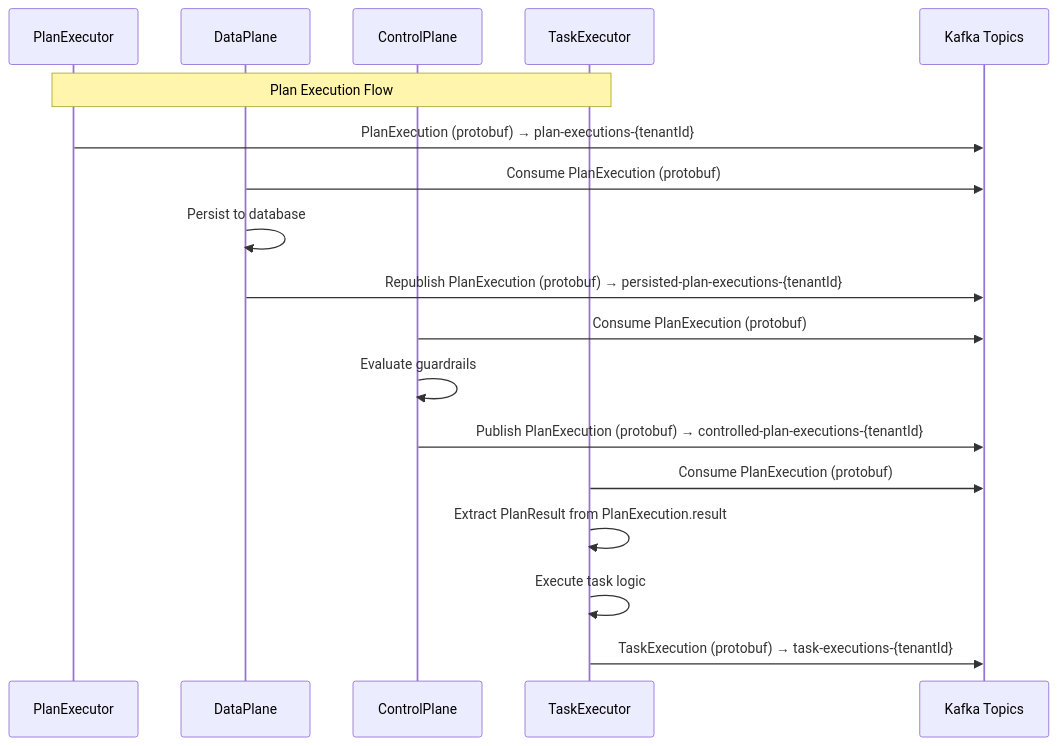
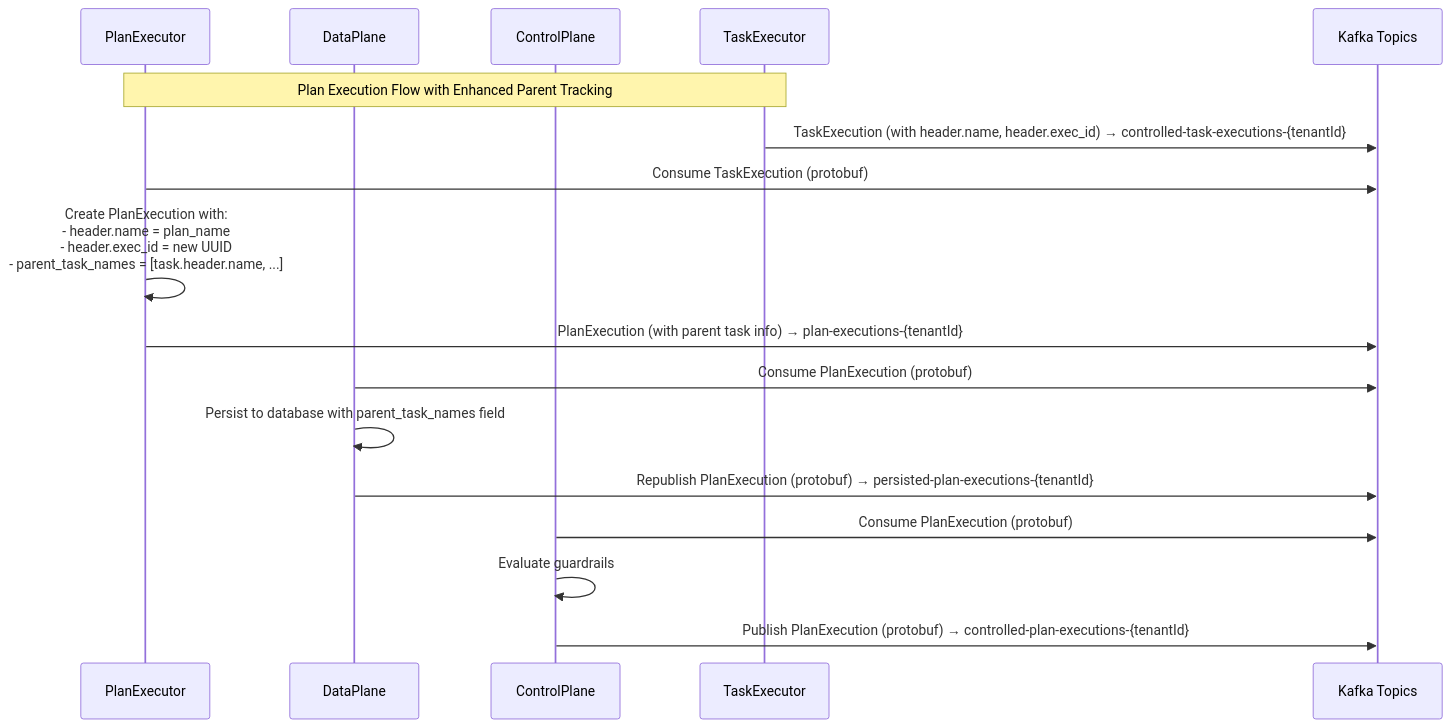
One commit to paul-callahan/scalable-agent-framework changed the third of 3 diagrams in docs/DataFlow.md. Above: the diagram before and after it, drawn with Mermaid. The commit also changed other lines of this file and 23 other files, not shown here.

````diff
--- a/docs/DataFlow.md
+++ b/docs/DataFlow.md
@@ -87,22 +94,21 @@
 ```mermaid
 sequenceDiagram
     participant PE as PlanExecutor
     participant DP as DataPlane
     participant CP as ControlPlane
     participant TE as TaskExecutor
     participant K as Kafka Topics
 
-    Note over PE,TE: Plan Execution Flow
+    Note over PE,TE: Plan Execution Flow with Enhanced Parent Tracking
 
-    PE->>K: PlanExecution (protobuf) → plan-executions-{tenantId}
+    TE->>K: TaskExecution (with header.name, header.exec_id) → controlled-task-executions-{tenantId}
+    PE->>K: Consume TaskExecution (protobuf)
+    PE->>PE: Create PlanExecution with:<br/>- header.name = plan_name<br/>- header.exec_id = new UUID<br/>- parent_task_names = [task.header.name, ...]
+    PE->>K: PlanExecution (with parent task info) → plan-executions-{tenantId}
     DP->>K: Consume PlanExecution (protobuf)
-    DP->>DP: Persist to database
+    DP->>DP: Persist to database with parent_task_names field
     DP->>K: Republish PlanExecution (protobuf) → persisted-plan-executions-{tenantId}
     CP->>K: Consume PlanExecution (protobuf)
     CP->>CP: Evaluate guardrails
     CP->>K: Publish PlanExecution (protobuf) → controlled-plan-executions-{tenantId}
-    TE->>K: Consume PlanExecution (protobuf)
-    TE->>TE: Extract PlanResult from PlanExecution.result
-    TE->>TE: Execute task logic
-    TE->>K: TaskExecution (protobuf) → task-executions-{tenantId}
 ```
````
